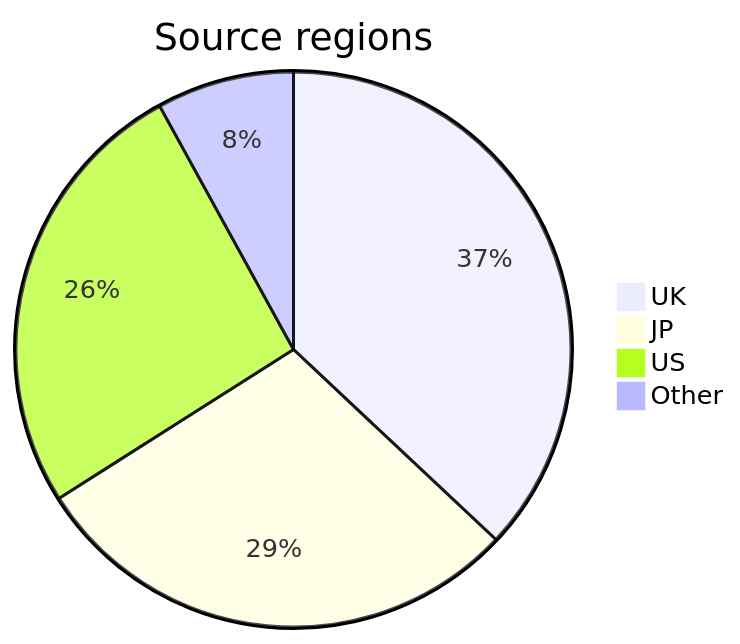
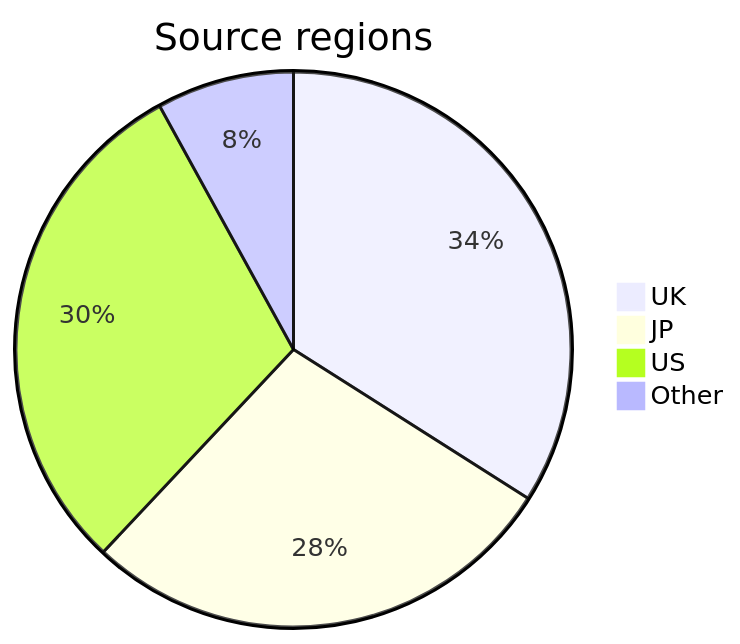
The diagram in gbc-census/docs/notes.md (ace-dent/gbc-hw), drawn with Mermaid before and after one commit. The commit also changed other lines of this file and 5 other files, not shown here.

````diff
--- a/gbc-census/docs/notes.md
+++ b/gbc-census/docs/notes.md
@@ -47,7 +47,7 @@
 ```mermaid
 pie title Source regions
-    "UK" : 37
-    "JP" : 29
-    "US" : 26
+    "UK" : 34
+    "JP" : 28
+    "US" : 30
     "Other" : 8
 ```
````
